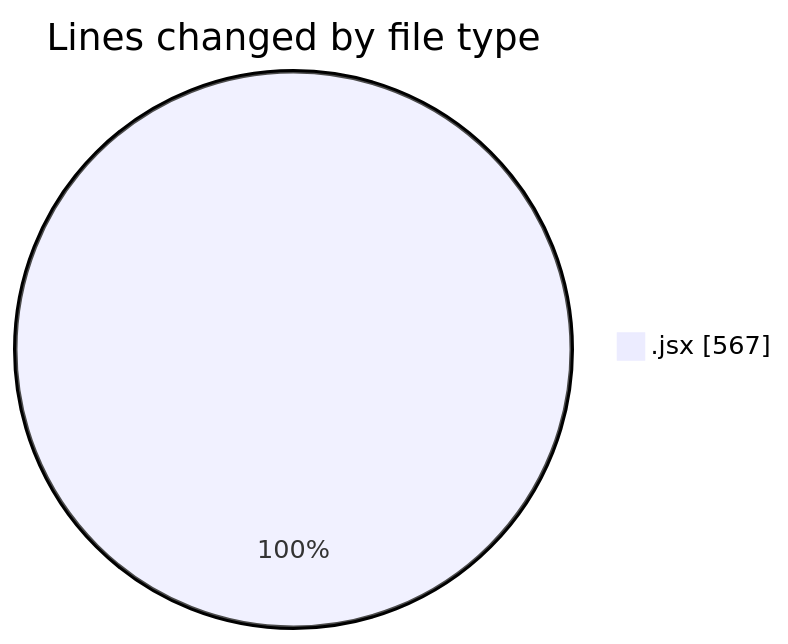
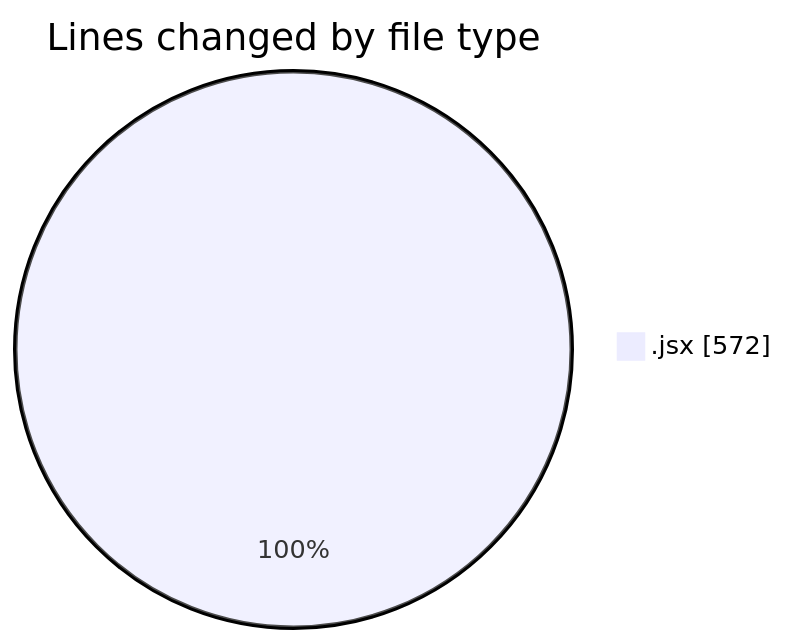
The first of 2 diagrams in 2025-06-06/nxtqube_webapp/README.md (nxtqubesakshisongat/code-tracking), drawn with Mermaid before and after one commit. The commit also changed other lines of this file and 1 other file, not shown here.

````diff
--- a/2025-06-06/nxtqube_webapp/README.md
+++ b/2025-06-06/nxtqube_webapp/README.md
@@ -20,5 +20,5 @@
 ```mermaid
 pie showData
 title Lines changed by file type
-".jsx" : 567
+".jsx" : 572
 ```
````
